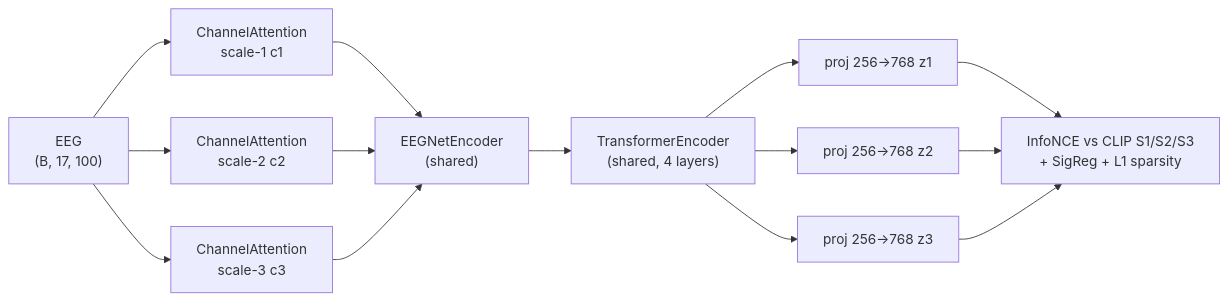
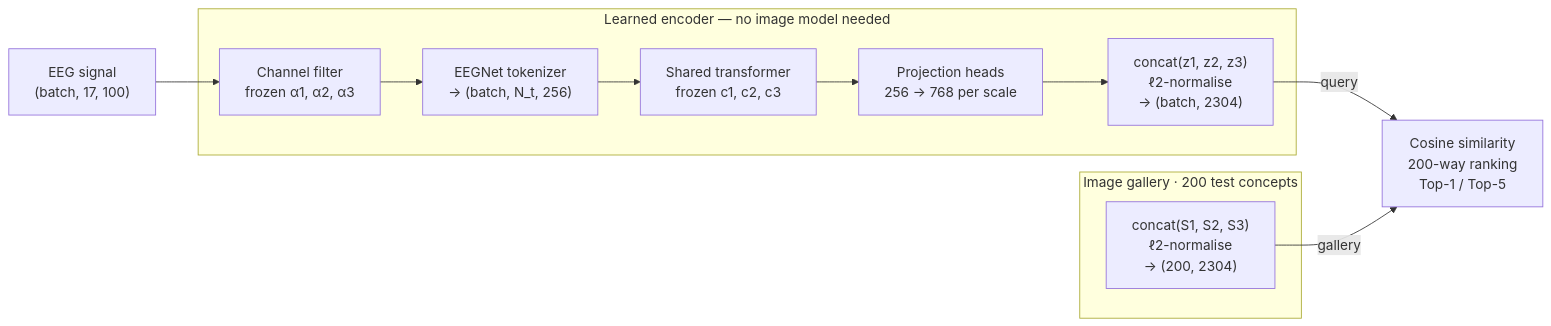
The second of 2 diagrams in README.md (RTae/SUPA-EEG), drawn with Mermaid before and after one commit. The commit also changed other lines of this file, not shown here.

Commit message:
feat: enhance README with detailed model architecture and training/inference pipeline diagrams

````diff
--- a/README.md
+++ b/README.md
@@ -8,16 +67,22 @@
 ```mermaid
 flowchart LR
-    A["EEG\n(B, 17, 100)"] --> CA1["ChannelAttention\nscale-1 c1"]
-    A --> CA2["ChannelAttention\nscale-2 c2"]
-    A --> CA3["ChannelAttention\nscale-3 c3"]
-    CA1 --> ENC["EEGNetEncoder\n(shared)"]
-    CA2 --> ENC
-    CA3 --> ENC
-    ENC --> TF["TransformerEncoder\n(shared, 4 layers)"]
-    TF --> P1["proj 256→768  z1"]
-    TF --> P2["proj 256→768  z2"]
-    TF --> P3["proj 256→768  z3"]
-    P1 --> L["InfoNCE vs CLIP S1/S2/S3\n+ SigReg + L1 sparsity"]
-    P2 --> L
-    P3 --> L
+    EEG["EEG signal\n(batch, 17, 100)"]
+
+    subgraph MODEL["Learned encoder — no image model needed"]
+        CF["Channel filter\nfrozen α1, α2, α3"]
+        TOK["EEGNet tokenizer\n→ (batch, N_t, 256)"]
+        ENC["Shared transformer\nfrozen c1, c2, c3"]
+        P["Projection heads\n256 → 768 per scale"]
+        CAT["concat(z1, z2, z3)\nℓ2-normalise\n→ (batch, 2304)"]
+    end
+
+    subgraph GALLERY["Image gallery · 200 test concepts"]
+        G["concat(S1, S2, S3)\nℓ2-normalise\n→ (200, 2304)"]
+    end
+
+    RET["Cosine similarity\n200-way ranking\nTop-1 / Top-5"]
+
+    EEG --> CF --> TOK --> ENC --> P --> CAT
+    CAT -->|query| RET
+    G -->|gallery| RET
 ```
````
